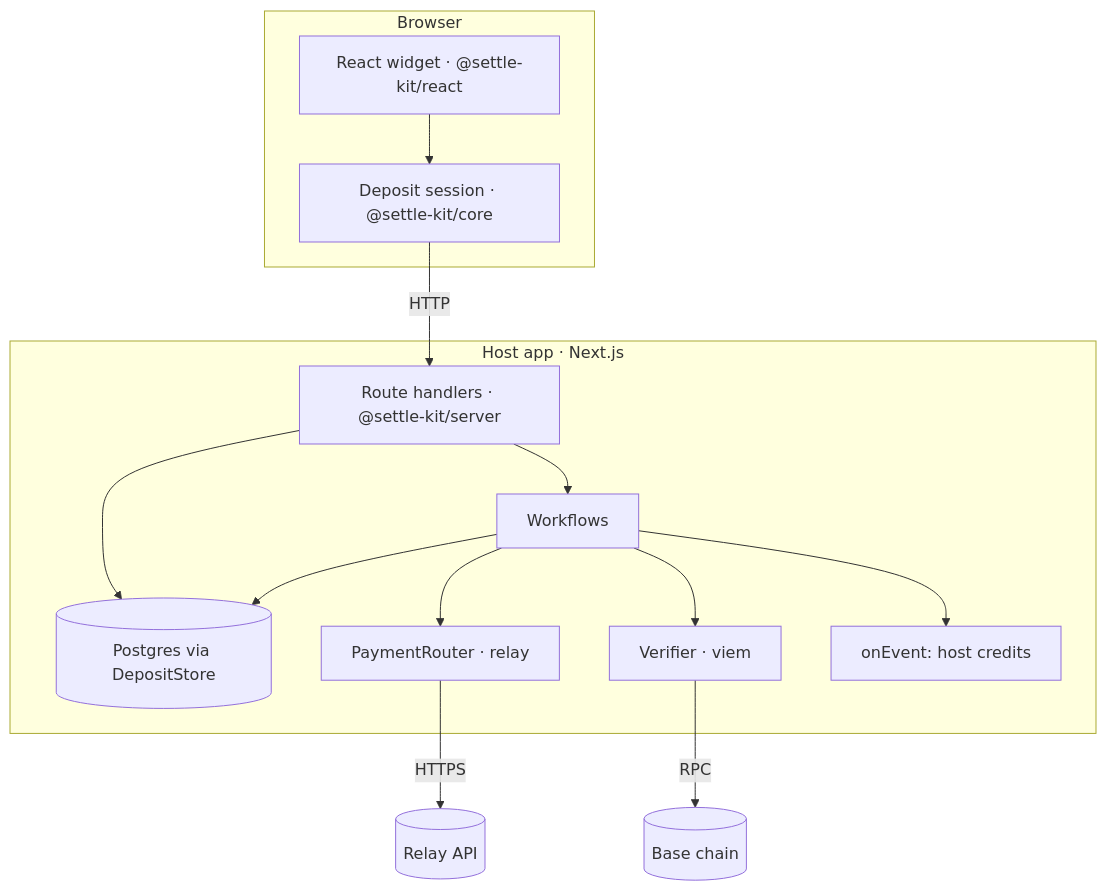
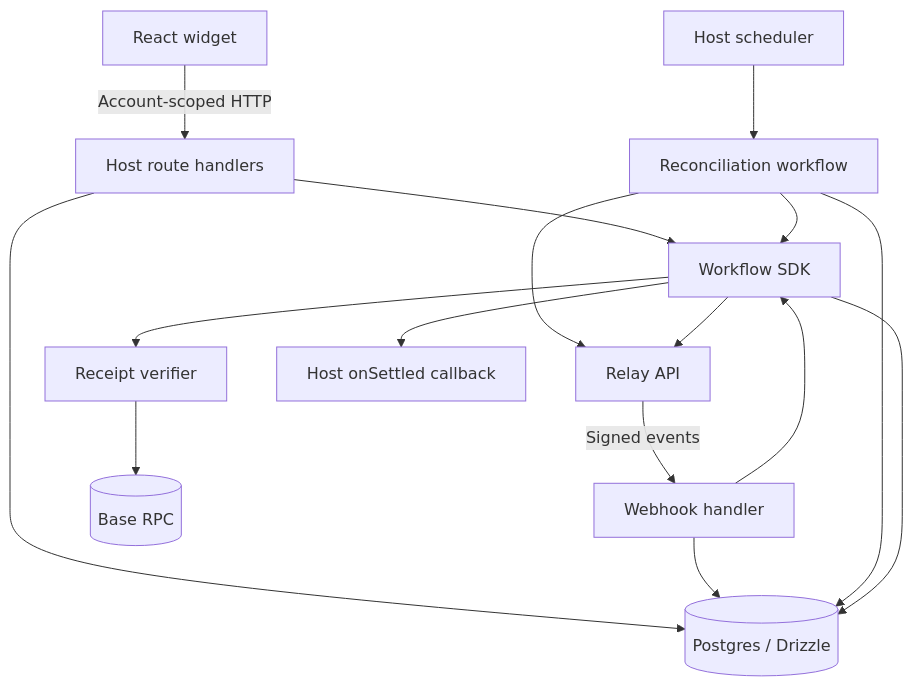
The diagram in docs/plans/2026-10-13-deposit-kit-design.md (hivinaynair/settle-kit), drawn with Mermaid before and after one commit. The commit also changed other lines of this file and 7 other files, not shown here.

````diff
--- a/docs/plans/2026-10-13-deposit-kit-design.md
+++ b/docs/plans/2026-10-13-deposit-kit-design.md
@@ -88,17 +118,18 @@
 ```mermaid
 flowchart TB
-  subgraph browser["Browser"]
-    W["React widget · @settle-kit/react"] --> S["Deposit session · @settle-kit/core"]
-  end
-  subgraph host["Host app · Next.js"]
-    H["Route handlers · @settle-kit/server"] --> WF["Workflows"]
-    H --> DB[("Postgres via DepositStore")]
-    WF --> DB
-    WF --> R["PaymentRouter · relay"]
-    WF --> V["Verifier · viem"]
-    WF --> CB["onEvent: host credits"]
-  end
-  S -->|HTTP| H
-  R -->|HTTPS| RelayAPI[("Relay API")]
-  V -->|RPC| BaseChain[("Base chain")]
+  W["React widget"] -->|Account-scoped HTTP| H["Host route handlers"]
+  H --> DB[("Postgres / Drizzle")]
+  H --> WF["Workflow SDK"]
+  Relay["Relay API"] -->|Signed events| WH["Webhook handler"]
+  WH --> DB
+  WH --> WF
+  Scheduler["Host scheduler"] --> RC["Reconciliation workflow"]
+  RC --> DB
+  RC --> Relay
+  RC --> WF
+  WF --> DB
+  WF --> Relay
+  WF --> V["Receipt verifier"]
+  V --> Base[("Base RPC")]
+  WF --> CB["Host onSettled callback"]
 ```
````
